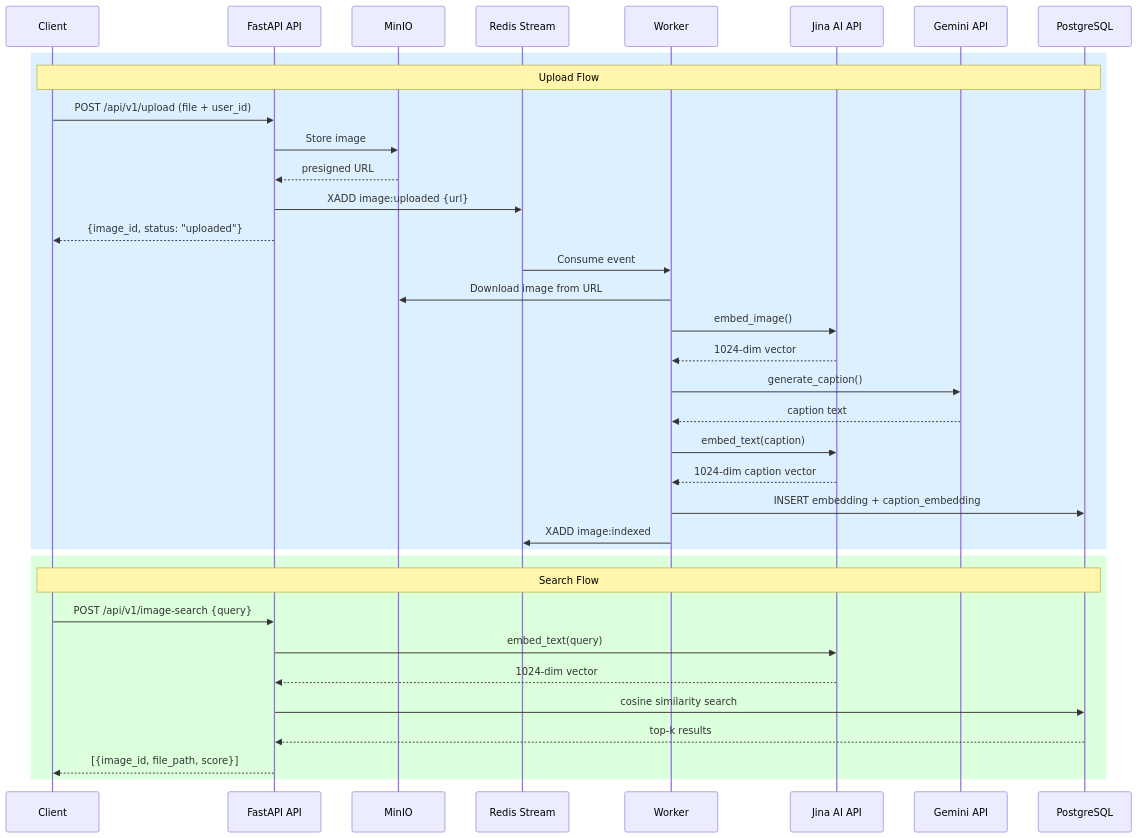
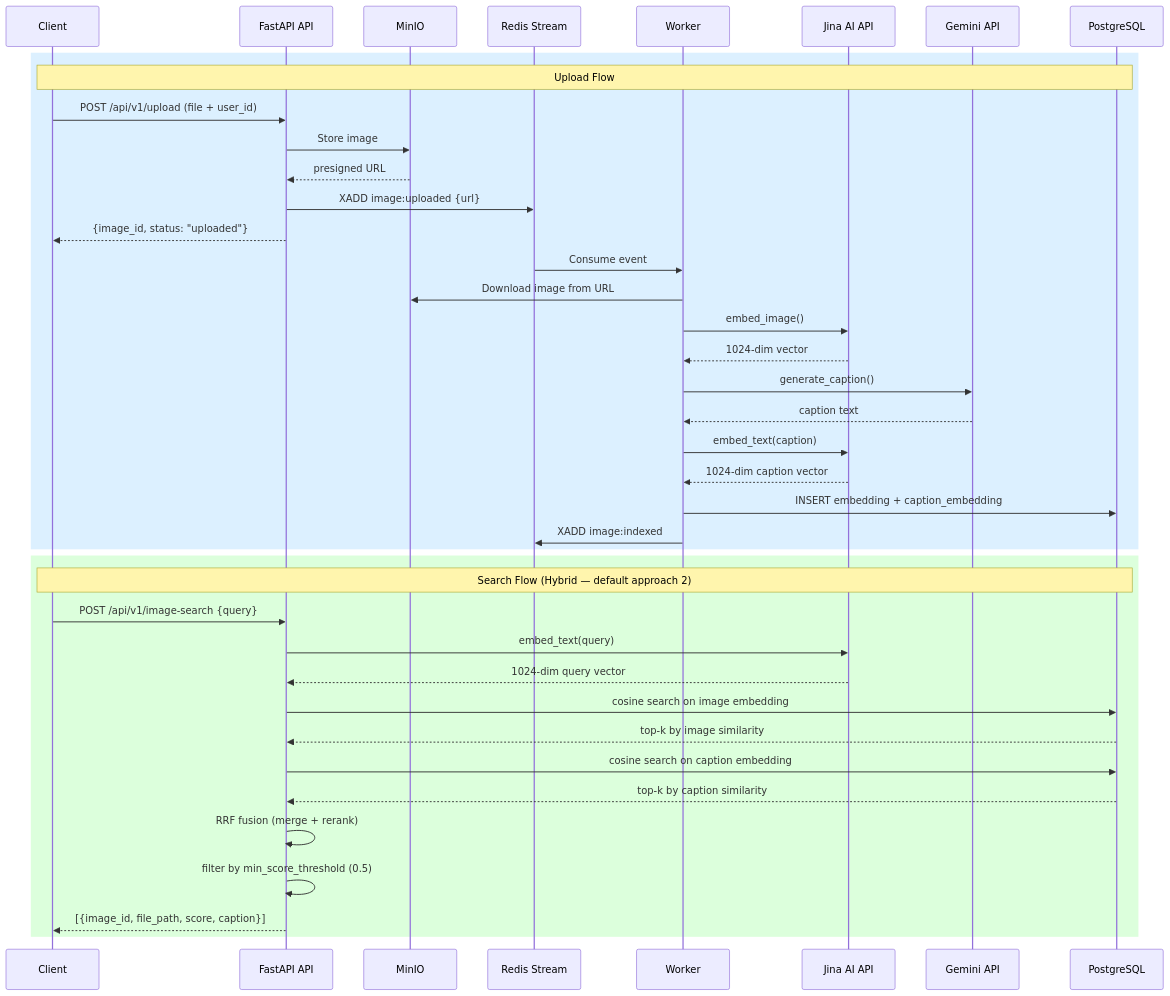
One commit to minhphu102003/image-search changed the second of 2 diagrams in README.md. Above: the diagram before and after it, drawn with Mermaid. The commit also changed other lines of this file, not shown here.

Commit message:
docs: update README with hybrid search flow and min_score_threshold

````diff
--- a/README.md
+++ b/README.md
@@ -150,40 +152,44 @@
 ```mermaid
 sequenceDiagram
     participant C as Client
     participant API as FastAPI API
     participant M as MinIO
     participant R as Redis Stream
     participant W as Worker
     participant J as Jina AI API
     participant G as Gemini API
     participant PG as PostgreSQL
 
     rect rgb(220, 240, 255)
     Note over C,PG: Upload Flow
     C->>API: POST /api/v1/upload (file + user_id)
     API->>M: Store image
     M-->>API: presigned URL
     API->>R: XADD image:uploaded {url}
     API-->>C: {image_id, status: "uploaded"}
     R->>W: Consume event
     W->>M: Download image from URL
     W->>J: embed_image()
     J-->>W: 1024-dim vector
     W->>G: generate_caption()
     G-->>W: caption text
     W->>J: embed_text(caption)
     J-->>W: 1024-dim caption vector
     W->>PG: INSERT embedding + caption_embedding
     W->>R: XADD image:indexed
     end
 
     rect rgb(220, 255, 220)
-    Note over C,PG: Search Flow
+    Note over C,PG: Search Flow (Hybrid — default approach 2)
     C->>API: POST /api/v1/image-search {query}
     API->>J: embed_text(query)
-    J-->>API: 1024-dim vector
-    API->>PG: cosine similarity search
-    PG-->>API: top-k results
-    API-->>C: [{image_id, file_path, score}]
+    J-->>API: 1024-dim query vector
+    API->>PG: cosine search on image embedding
+    PG-->>API: top-k by image similarity
+    API->>PG: cosine search on caption embedding
+    PG-->>API: top-k by caption similarity
+    API->>API: RRF fusion (merge + rerank)
+    API->>API: filter by min_score_threshold (0.5)
+    API-->>C: [{image_id, file_path, score, caption}]
     end
 ```
````
